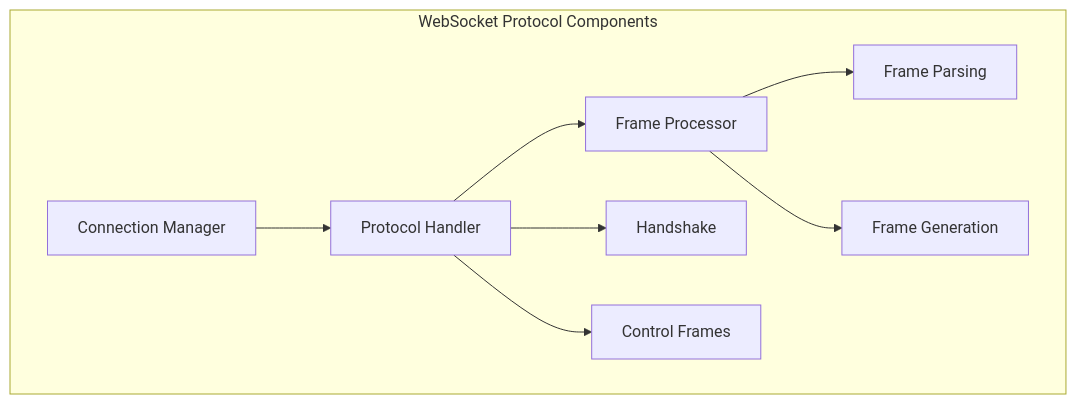
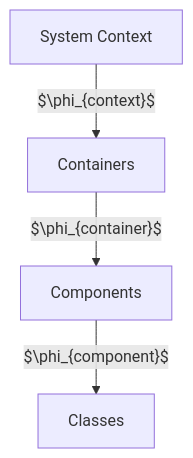
The diagram in docs/design/classes/core/networks/websocket/machine/v10/governance/design.process.outline.md (zhifengzhang-sz/qi-v2-dp), drawn with Mermaid before and after one commit. The commit also changed other lines of this file and 5 other files, not shown here.

````diff
--- a/docs/design/classes/core/networks/websocket/machine/v10/governance/design.process.outline.md
+++ b/docs/design/classes/core/networks/websocket/machine/v10/governance/design.process.outline.md
@@ -462,13 +22,6 @@
 ```mermaid
 graph TD
-    subgraph "WebSocket Protocol Components"
-        A[Connection Manager] --> B[Protocol Handler]
-        B --> C[Frame Processor]
-
-        B --> B1[Handshake]
-        B --> B2[Control Frames]
-
-        C --> C1[Frame Parsing]
-        C --> C2[Frame Generation]
-    end
+    A[System Context] -->|"$\phi_{context}$"| B[Containers]
+    B -->|"$\phi_{container}$"| C[Components]
+    C -->|"$\phi_{component}$"| D[Classes]
 ```
````
